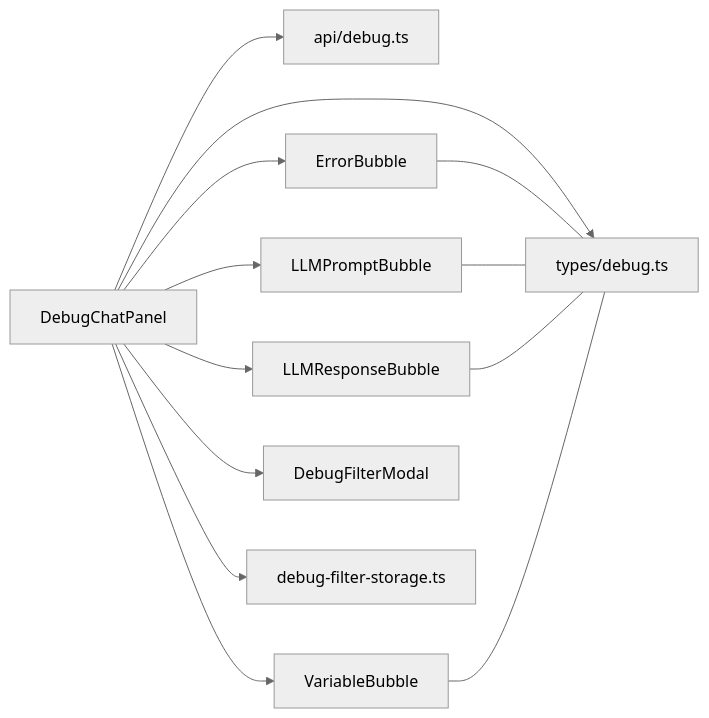
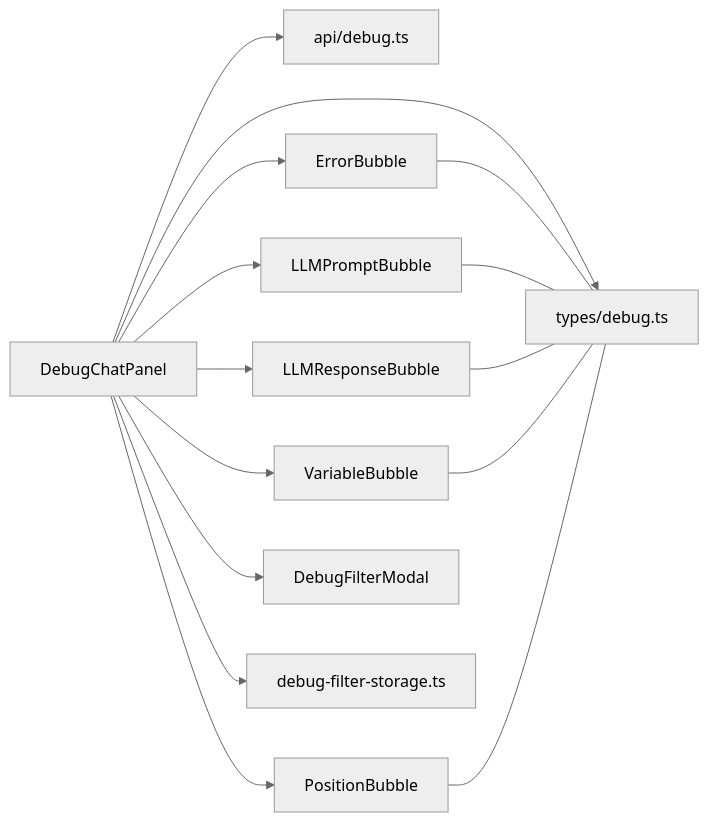
Diagram 11 of 11 in .qoder/repowiki/zh/content/脚本编辑器/调试工具.md (EverettCamus/HeartRule-Qoder), drawn with Mermaid (neutral theme) before and after one commit. The commit also changed other lines of this file and 40 other files, not shown here.

````diff
--- a/.qoder/repowiki/zh/content/脚本编辑器/调试工具.md
+++ b/.qoder/repowiki/zh/content/脚本编辑器/调试工具.md
@@ -343,15 +385,17 @@
 ```mermaid
 graph LR
 DCP["DebugChatPanel"] --> Types["types/debug.ts"]
 DCP --> API["api/debug.ts"]
 DCP --> EB["ErrorBubble"]
 DCP --> LPB["LLMPromptBubble"]
 DCP --> LRB["LLMResponseBubble"]
 DCP --> VAB["VariableBubble"]
+DCP --> PB["PositionBubble"]
 DCP --> DBF["DebugFilterModal"]
 DCP --> DFS["debug-filter-storage.ts"]
 EB --- Types
 LPB --- Types
 LRB --- Types
 VAB --- Types
+PB --- Types
 ```
````
